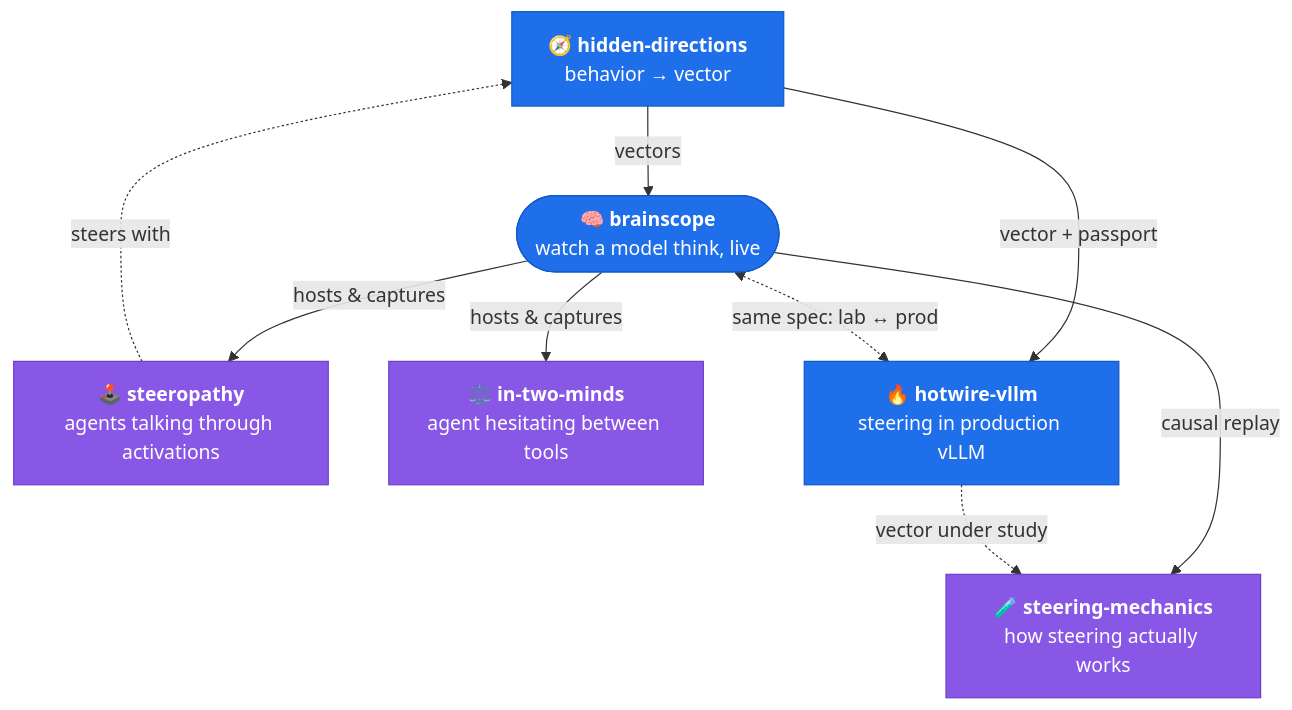
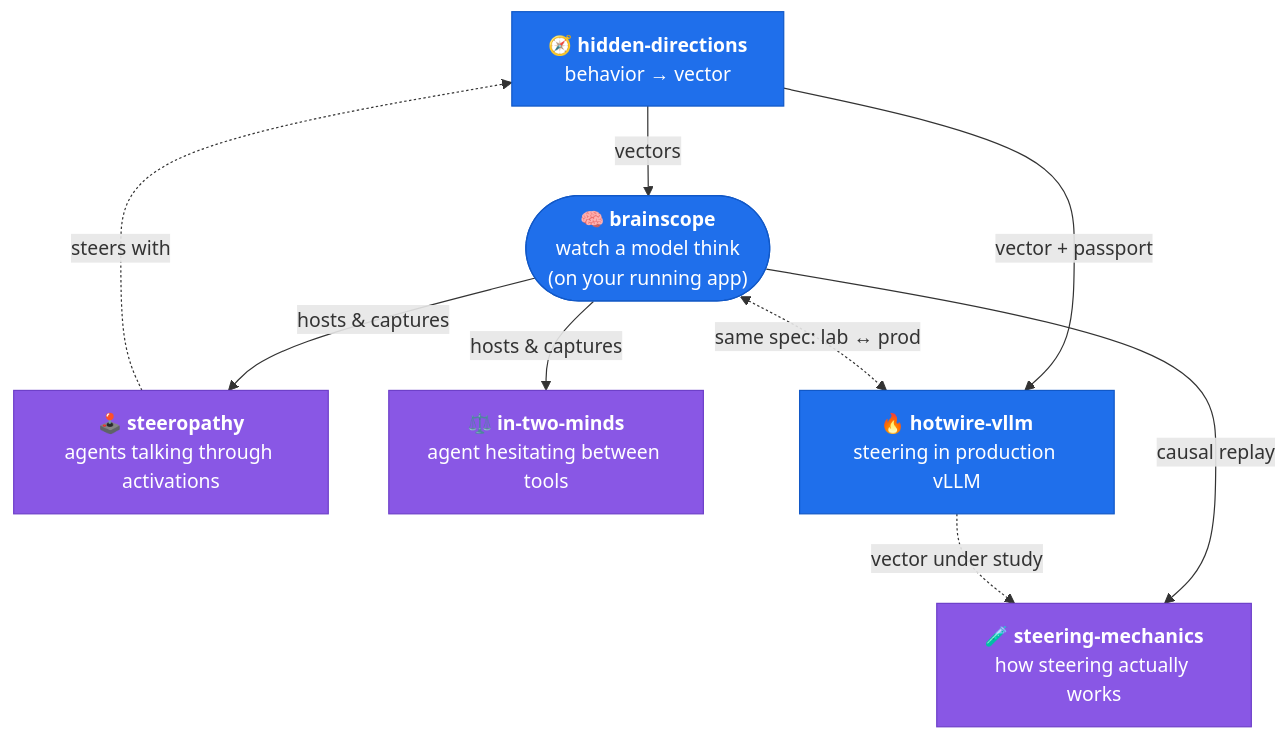
One commit to moudrkat/moudrkat changed the diagram in README.md. Above: the diagram before and after it, drawn with Mermaid.

Commit message:
profile: brainscope label — watch a model think (on your running app)

````diff
--- a/README.md
+++ b/README.md
@@ -40,30 +40,30 @@
 ```mermaid
 flowchart TD
     hd["🧭 <b>hidden-directions</b><br/>behavior → vector"]
-    bs(["🧠 <b>brainscope</b><br/>watch a model think, live"])
+    bs(["🧠 <b>brainscope</b><br/>watch a model think<br/>(on your running app)"])
     st["🕹️ <b>steeropathy</b><br/>agents talking through activations"]
     tm["⚖️ <b>in-two-minds</b><br/>agent hesitating between tools"]
     hw["🔥 <b>hotwire-vllm</b><br/>steering in production vLLM"]
     sm["🧪 <b>steering-mechanics</b><br/>how steering actually works"]
 
     hd -->|"vectors"| bs
     bs -->|"hosts & captures"| st
     bs -->|"hosts & captures"| tm
     st -.->|"steers with"| hd
     hd -->|"vector + passport"| hw
     bs <-.->|"same spec: lab ↔ prod"| hw
     bs -->|"causal replay"| sm
     hw -.->|"vector under study"| sm
 
     click hd "https://github.com/moudrkat/hidden-directions"
     click bs "https://github.com/moudrkat/brainscope"
     click st "https://github.com/moudrkat/steeropathy"
     click tm "https://github.com/moudrkat/in-two-minds"
     click hw "https://github.com/moudrkat/hotwire-vllm"
     click sm "https://github.com/moudrkat/steering-mechanics"
 
     classDef engine fill:#1f6feb,stroke:#1158c7,color:#ffffff;
     classDef exp fill:#8957e5,stroke:#6e40c9,color:#ffffff;
     class bs,hd,hw engine;
     class st,tm,sm exp;
 ```
````
